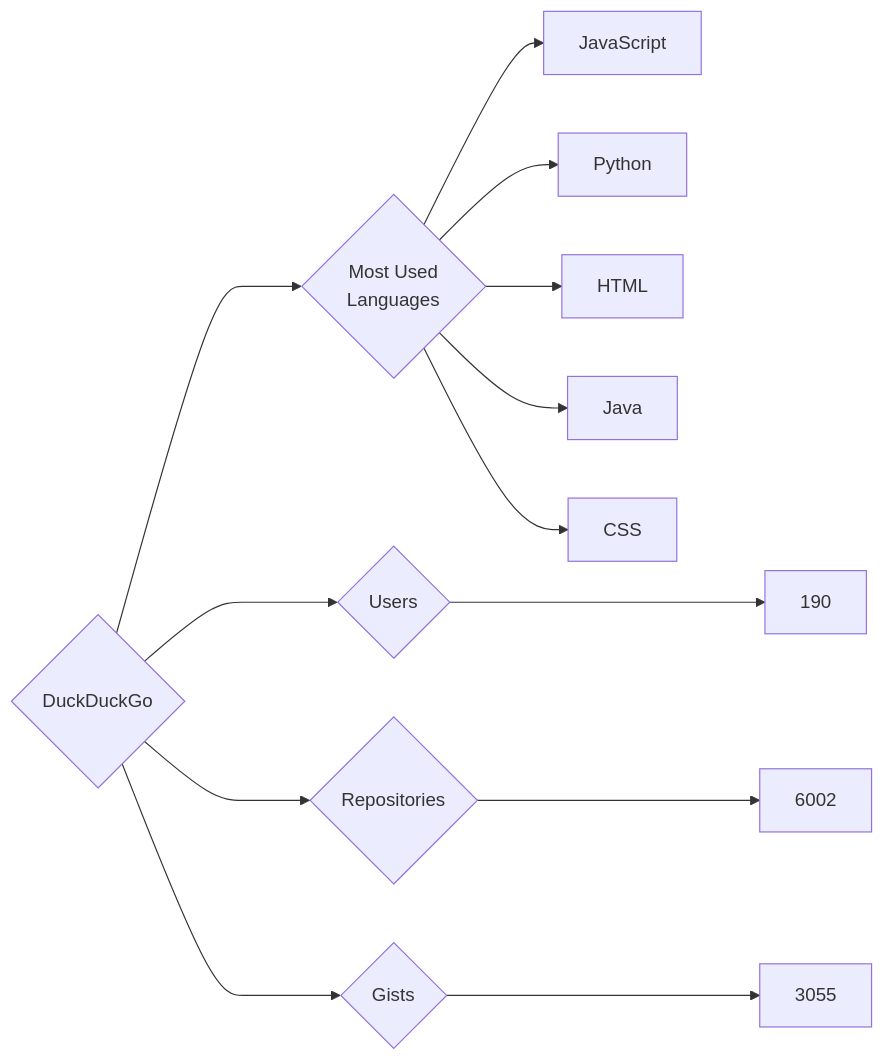
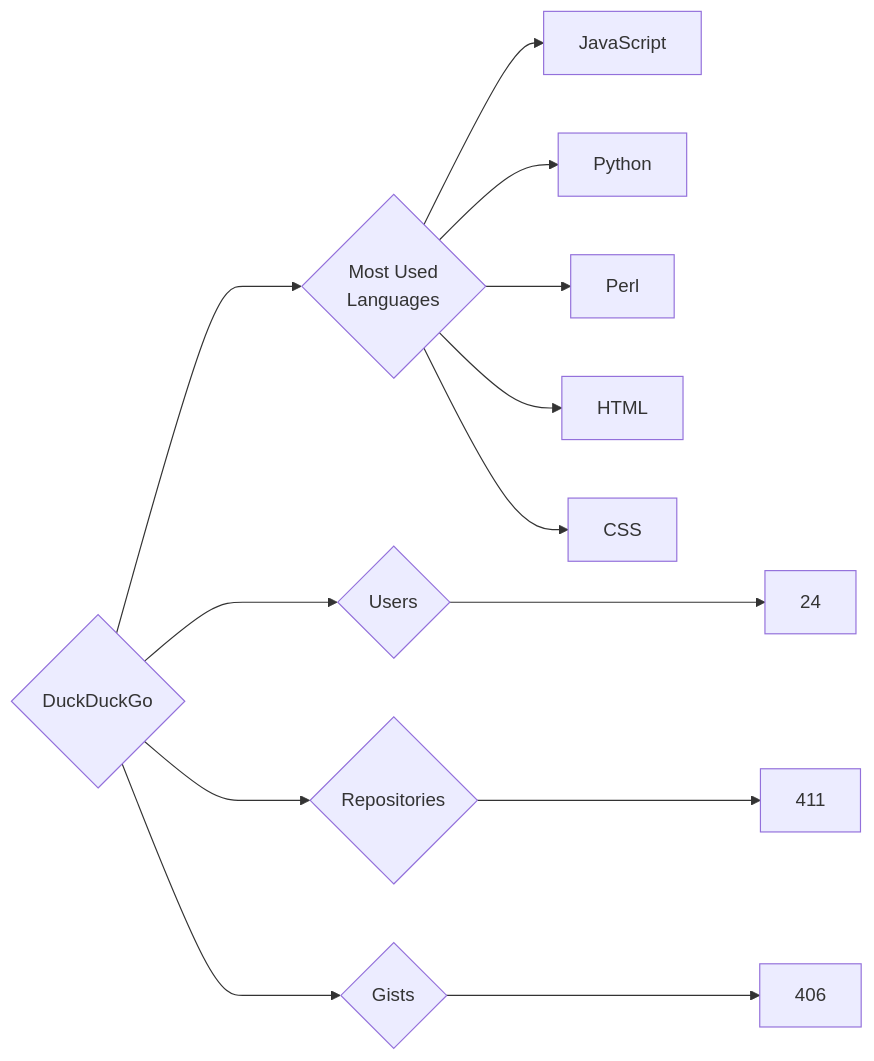
Before and after one commit to trickest/insiders: the diagram in targets/DuckDuckGo/README.md, drawn with Mermaid. The commit also changed 951 other files, not shown here.

````diff
--- a/targets/DuckDuckGo/README.md
+++ b/targets/DuckDuckGo/README.md
@@ -3,13 +3,13 @@
 ```mermaid
 graph LR
 COMPANY_NAME{DuckDuckGo}
-COMPANY_NAME ---> U{Users} ---> UN[190]
-COMPANY_NAME ---> R{Repositories} ---> RN[6002]
-COMPANY_NAME ---> G{Gists} ---> GN[3055]
+COMPANY_NAME ---> U{Users} ---> UN[24]
+COMPANY_NAME ---> R{Repositories} ---> RN[411]
+COMPANY_NAME ---> G{Gists} ---> GN[406]
 COMPANY_NAME ---> ML{Most Used<br>Languages}
-ML --> JavaScript
-ML --> Python
-ML --> HTML
-ML --> Java
-ML --> CSS
+ML --> JavaScript[JavaScript]
+ML --> Python[Python]
+ML --> Perl[Perl]
+ML --> HTML[HTML]
+ML --> CSS[CSS]
 ```
````
